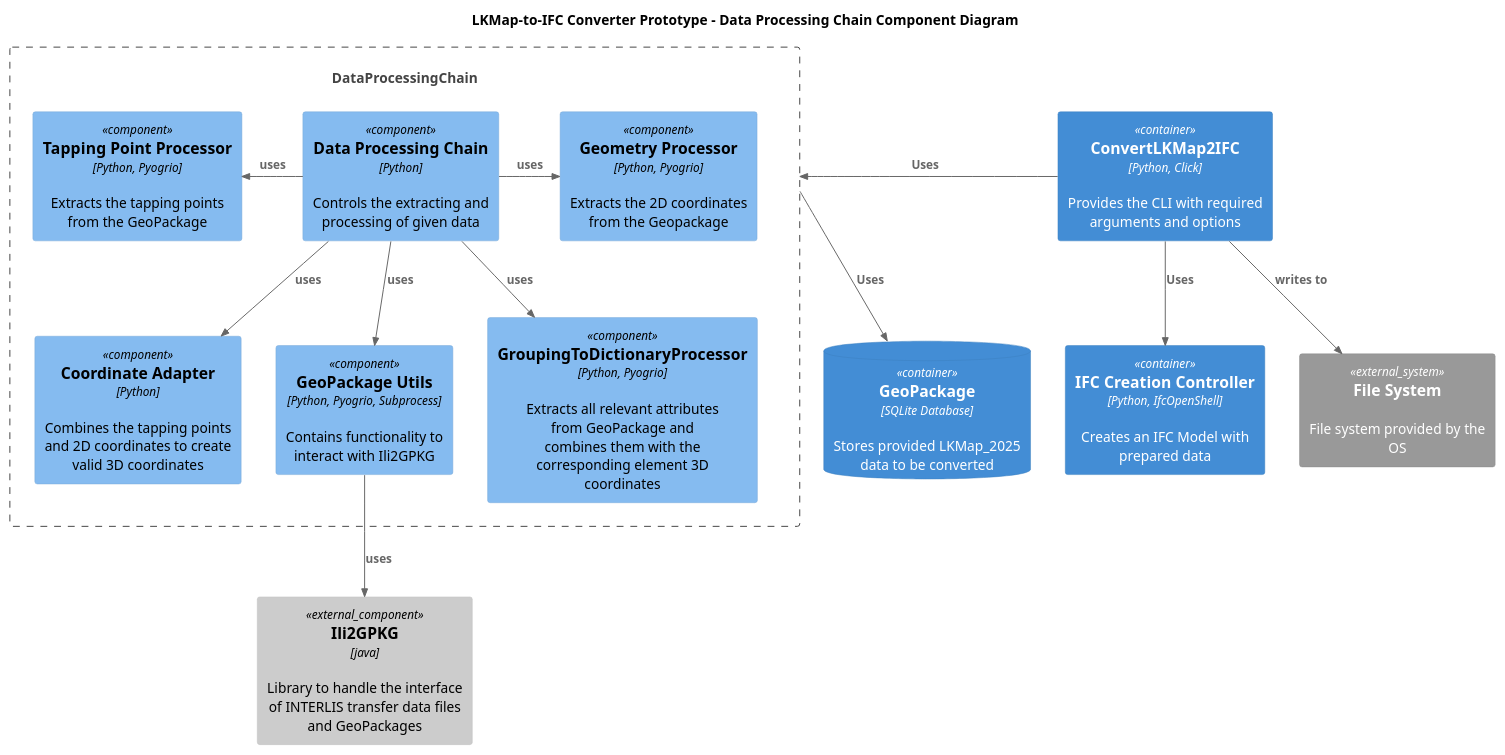
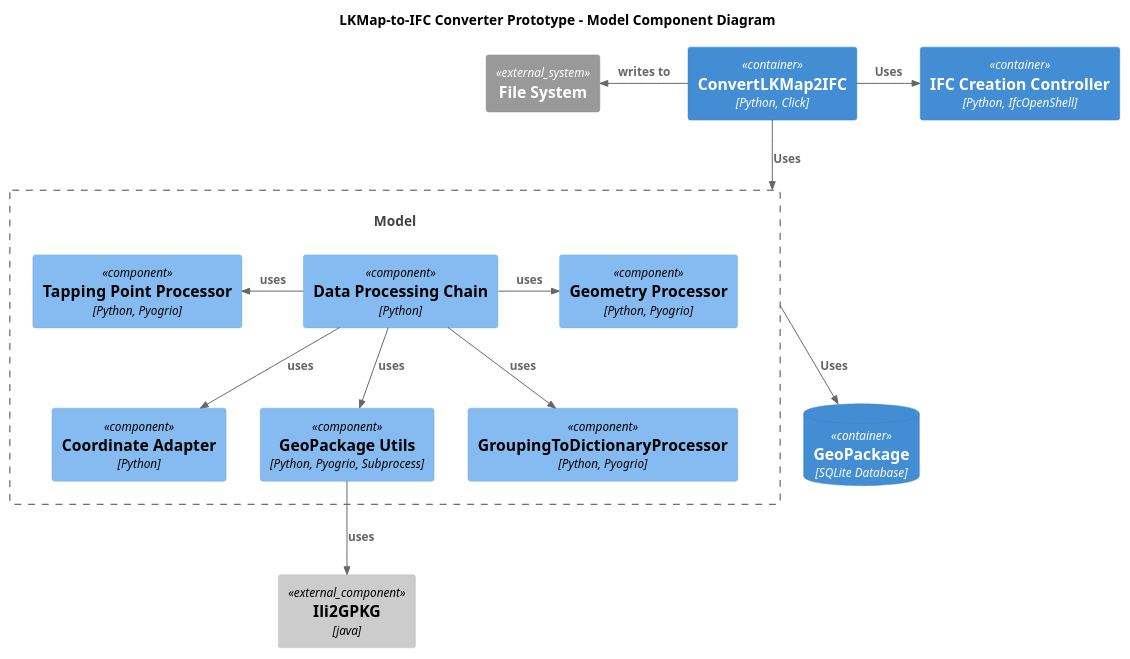
One commit to jmaier241117/LKMap2025_to_IFC_cli changed the diagram in resources/ModelComponentDiagram.puml. Above: the diagram before and after it, drawn with PlantUML. The commit also changed 9 other files, not shown here.

```diff
--- a/resources/ModelComponentDiagram.puml
+++ b/resources/ModelComponentDiagram.puml
@@ -1,35 +1,35 @@
 @startuml
 !include C4_Component.puml
 
-title LKMap-to-IFC Converter Prototype - Data Processing Chain Component Diagram
+title LKMap-to-IFC Converter Prototype - Model Component Diagram
 
-Container(cli, "ConvertLKMap2IFC", "Python, Click", "Provides the CLI with required arguments and options")
+Container(cli, "ConvertLKMap2IFC", "Python, Click")
 
-Container(ifcController, "IFC Creation Controller", "Python, IfcOpenShell", "Creates an IFC Model with prepared data")
-ContainerDb(geoPackage, "GeoPackage", "SQLite Database", "Stores provided LKMap_2025 data to be converted")
-Component_Ext(ili2gpkg, "Ili2GPKG", "java", "Library to handle the interface of INTERLIS transfer data files and GeoPackages")
+Container(ifcController, "IFC Creation Controller", "Python, IfcOpenShell")
+ContainerDb(geoPackage, "GeoPackage", "SQLite Database")
+Component_Ext(ili2gpkg, "Ili2GPKG", "java")
 
-Rel_L(cli, DataProcessingChain, "Uses")
-Rel(cli, ifcController, "Uses")
-Container_Boundary(DataProcessingChain, "Data Processing Chain") {
-    Component(dataProcessingChain, "Data Processing Chain", "Python", "Controls the extracting and processing of given data")
-    Component(coordinateAdapter, "Coordinate Adapter", "Python", "Combines the tapping points and 2D coordinates to create valid 3D coordinates")
-    Component(geometryProcessor, "Geometry Processor", "Python, Pyogrio", "Extracts the 2D coordinates from the Geopackage")
-    Component(geoPackageUtils, "GeoPackage Utils", "Python, Pyogrio, Subprocess", "Contains functionality to interact with Ili2GPKG")
-    Component(tapPointProcessor, "Tapping Point Processor", "Python, Pyogrio", "Extracts the tapping points from the GeoPackage")
-    Component(toDictionaryProcessor, "GroupingToDictionaryProcessor", "Python, Pyogrio", "Extracts all relevant attributes from GeoPackage and combines them with the corresponding element 3D coordinates")
+Rel_D(cli, Model, "Uses")
+Rel_R(cli, ifcController, "Uses")
+Container_Boundary(Model, "Model") {
+    Component(dataProcessingChain, "Data Processing Chain", "Python")
+    Component(coordinateAdapter, "Coordinate Adapter", "Python")
+    Component(geometryProcessor, "Geometry Processor", "Python, Pyogrio")
+    Component(geoPackageUtils, "GeoPackage Utils", "Python, Pyogrio, Subprocess")
+    Component(tapPointProcessor, "Tapping Point Processor", "Python, Pyogrio")
+    Component(toDictionaryProcessor, "GroupingToDictionaryProcessor", "Python, Pyogrio")
     Rel_R(dataProcessingChain, geometryProcessor, "uses")
     Rel_L(dataProcessingChain, tapPointProcessor, "uses")
     Rel(dataProcessingChain, geoPackageUtils, "uses")
     Rel(dataProcessingChain, coordinateAdapter, "uses")
     Rel(dataProcessingChain, toDictionaryProcessor, "uses")
 }
 Rel(geoPackageUtils, ili2gpkg, "uses")
-System_Ext(filesystem, "File System", "File system provided by the OS")
-ContainerDb(geoPackage, "GeoPackage", "SQLite Database", "Stores provided LKMap_2025 data to be converted")
+System_Ext(filesystem, "File System")
+ContainerDb(geoPackage, "GeoPackage", "SQLite Database")
 
-Rel(DataProcessingChain, geoPackage, "Uses")
-Rel(cli, filesystem, "writes to")
+Rel(Model, geoPackage, "Uses")
+Rel_L(cli, filesystem, "writes to")
 
 
 @enduml
```
